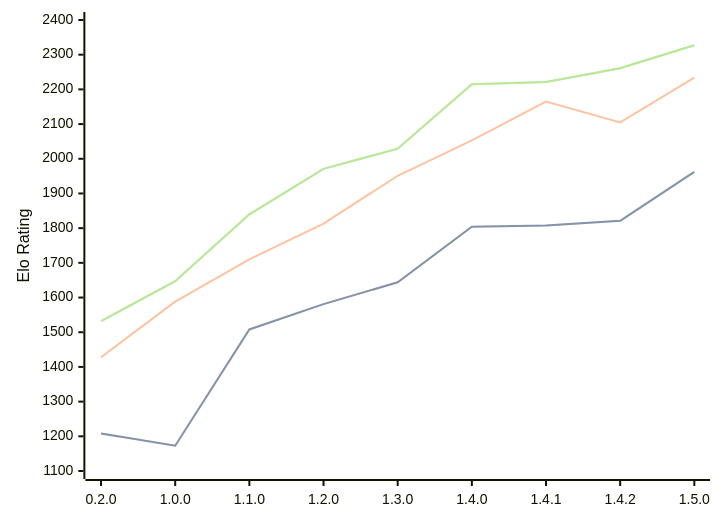
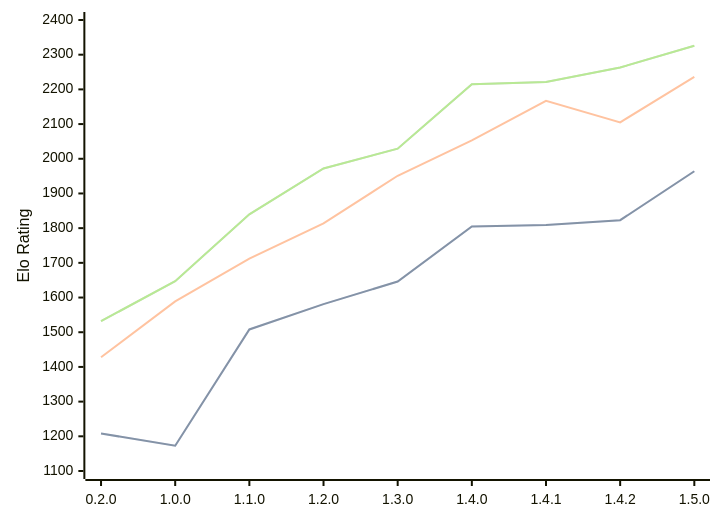
Before and after one commit to computer-chess-index/cci: the diagram in engines/Zeppelin.md, drawn with Mermaid. The commit also changed other lines of this file, not shown here.

Commit message:
Update CCI Ratings (ELO VLTC) - 2026-05-06

````diff
--- a/engines/Zeppelin.md
+++ b/engines/Zeppelin.md
@@ -41,11 +41,11 @@
 ```mermaid
 %%{init: {"theme":"base","themeVariables":{"seriesColors:['#a3a3a3','#222221','#faa371']}}}%%
 xychart-beta
   x-axis ["0.2.0", "1.0.0", "1.1.0", "1.2.0", "1.3.0", "1.4.0", "1.4.1", "1.4.2", "1.5.0"]
   y-axis "Elo Rating" 1100 --> 2400
-  line "STC (8.0+0.08s)" [1208, 1173, 1508, 1581, 1644, 1804, 1808, 1821, 1962]
-  line "STC (8.0+0.08s)" [1208, 1173, 1508, 1581, 1644, 1804, 1808, 1821, 1962]
-  line "LTC (60.0+0.60s)" [1428, 1588, 1710, 1813, 1951, 2053, 2165, 2105, 2234]
-  line "VLTC (2m24s+1.12s)" [1532, 1647, 1840, 1971, 2029, 2215, 2221, 2261, 2327]
-  line "VLTC (2m24s+1.12s)" [1532, 1647, 1840, 1971, 2029, 2215, 2221, 2261, 2327]
+  line "STC (8.0+0.08s)" [1208, 1173, 1508, 1581, 1646, 1805, 1809, 1823, 1964]
+  line "STC (8.0+0.08s)" [1208, 1173, 1508, 1581, 1646, 1805, 1809, 1823, 1964]
+  line "LTC (60.0+0.60s)" [1428, 1589, 1712, 1814, 1951, 2053, 2167, 2105, 2236]
+  line "VLTC (2m24s+1.12s)" [1532, 1647, 1840, 1972, 2029, 2215, 2221, 2263, 2326]
+  line "VLTC (2m24s+1.12s)" [1532, 1647, 1840, 1972, 2029, 2215, 2221, 2263, 2326]
 ```
````
